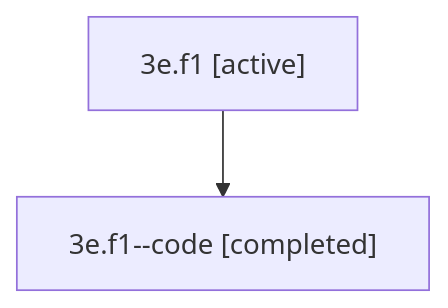
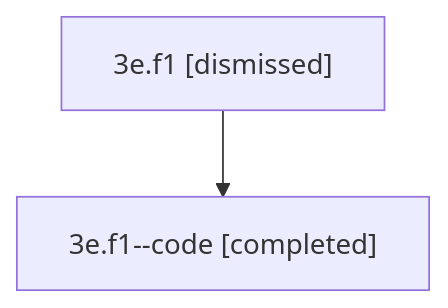
One commit to sase-org/sase--agents changed the diagram in sessions/bbugyi200.athena.3e.f1.md. Above: the diagram before and after it, drawn with Mermaid. The commit also changed other lines of this file and 28 other files, not shown here.

````diff
--- a/sessions/bbugyi200.athena.3e.f1.md
+++ b/sessions/bbugyi200.athena.3e.f1.md
@@ -9,6 +9,6 @@
 ```mermaid
 flowchart TD
-  n0["3e.f1 [active]"]
+  n0["3e.f1 [dismissed]"]
   n1["3e.f1--code [completed]"]
   n0 --> n1
 ```
````
